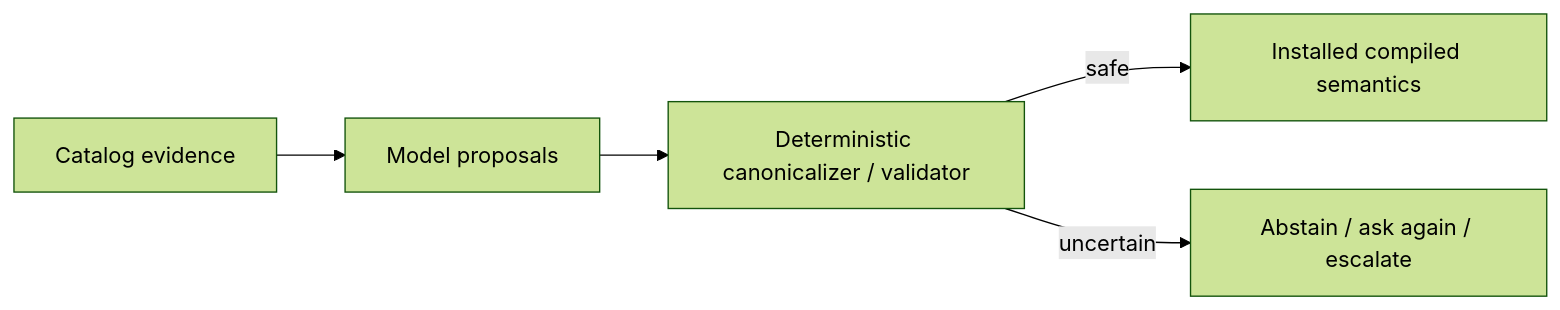
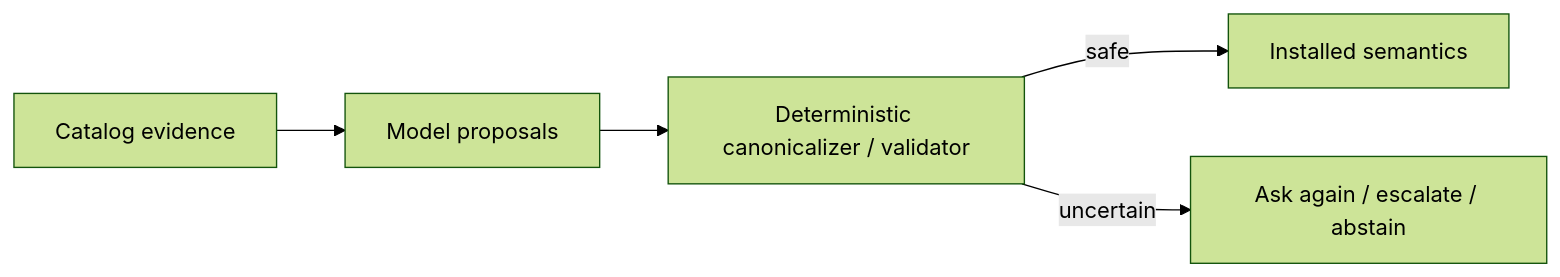
The second of 2 diagrams in docs/WHY.md (yangjeep/simple-ecommerce-search-engine), drawn with Mermaid (forest theme) before and after one commit. The commit also changed other lines of this file, not shown here.

````diff
--- a/docs/WHY.md
+++ b/docs/WHY.md
@@ -49,7 +73,7 @@
 ```mermaid
 flowchart LR
     E[Catalog evidence] --> M[Model proposals]
     M --> V[Deterministic canonicalizer / validator]
-    V -->|safe| I[Installed compiled semantics]
-    V -->|uncertain| X[Abstain / ask again / escalate]
+    V -->|safe| I[Installed semantics]
+    V -->|uncertain| X[Ask again / escalate / abstain]
 ```
````
